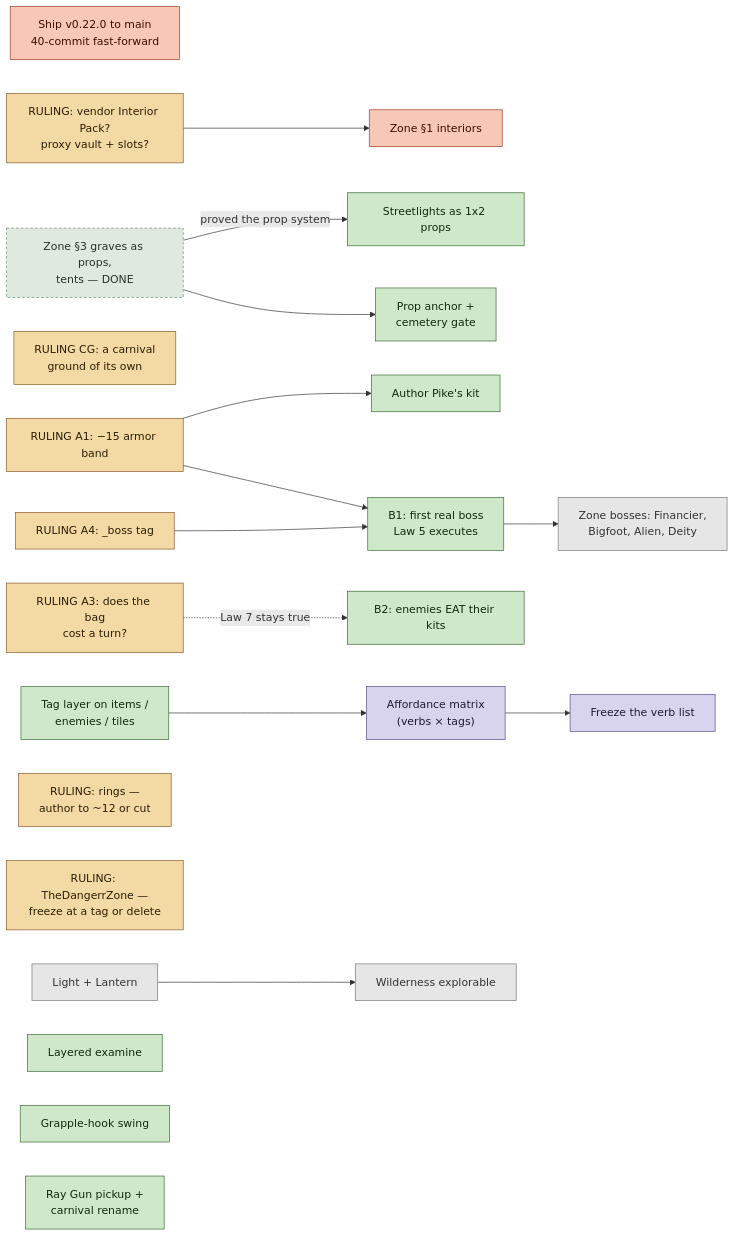
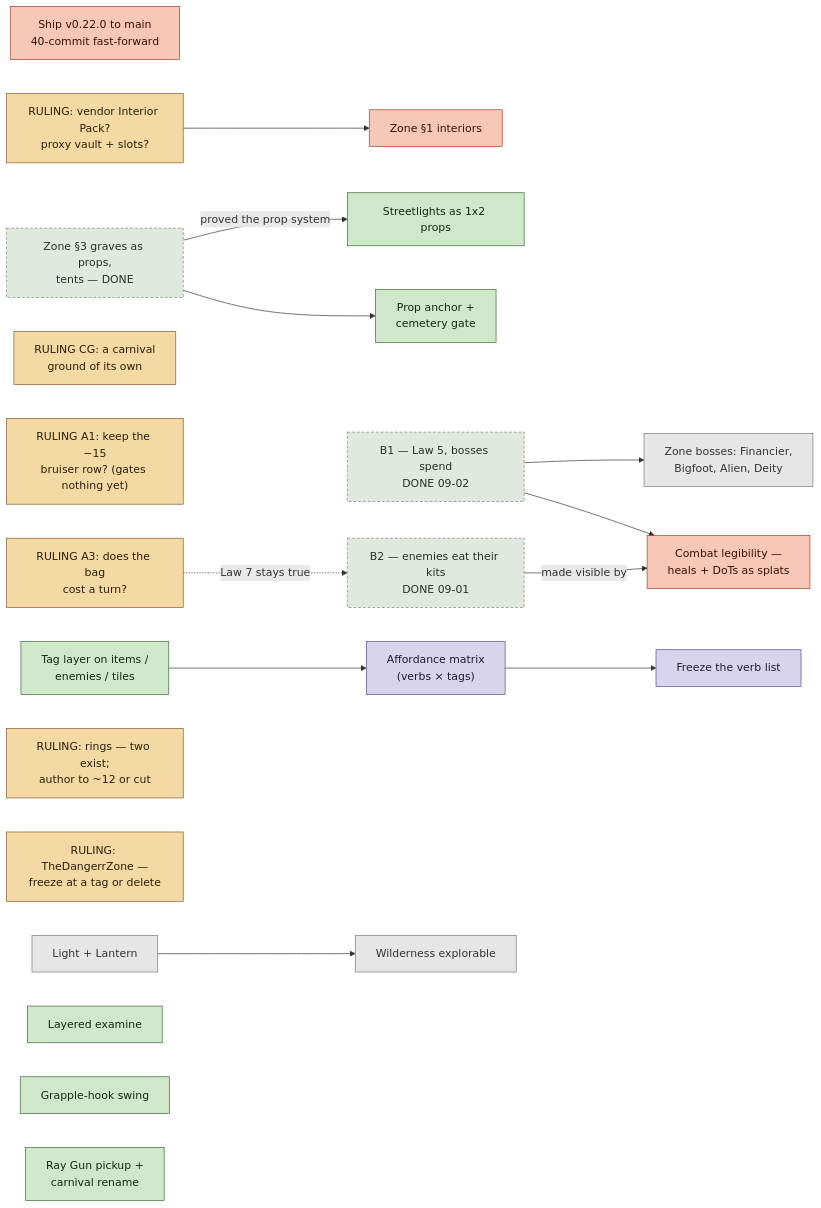
Before and after one commit to RussellDangerr/violencetown: the diagram in plans/roadmap-2026-09.md, drawn with Mermaid. The commit also changed other lines of this file and 2 other files, not shown here.

First line of the commit message:
plan: the roadmap was wrong about eight rows; audited against the code

````diff
--- a/plans/roadmap-2026-09.md
+++ b/plans/roadmap-2026-09.md
@@ -28,48 +35,46 @@
 ```mermaid
 flowchart LR
     classDef ruling fill:#f3d9a4,stroke:#8a5a2c,color:#2a1f06
     classDef ready fill:#cfe8c9,stroke:#3a6b35,color:#0f2a0d
     classDef design fill:#d9d4ee,stroke:#5a4a8a,color:#1f1a33
     classDef later fill:#e6e6e6,stroke:#777,color:#333
     classDef now fill:#f7c8b8,stroke:#a33a1e,color:#3a0f05
     classDef done fill:#dfe9e0,stroke:#6a8a6e,color:#243326,stroke-dasharray:4 3
 
     SHIP["Ship v0.22.0 to main<br/>40-commit fast-forward"]:::now
     GY["Zone §3 graves as props,<br/>tents — DONE"]:::done
     INT["Zone §1 interiors"]:::now
     R_INT["RULING: vendor Interior Pack?<br/>proxy vault + slots?"]:::ruling
     R_INT --> INT
     GY -->|"proved the prop system"| LAMP["Streetlights as 1x2 props"]:::ready
     GY --> GATE["Prop anchor +<br/>cemetery gate"]:::ready
     CG["RULING CG: a carnival<br/>ground of its own"]:::ruling
 
-    A1["RULING A1: −15 armor band"]:::ruling
-    A4["RULING A4: _boss tag"]:::ruling
-    PIKE["Author Pike's kit"]:::ready
-    BOSS["B1: first real boss<br/>Law 5 executes"]:::ready
+    BOSS["B1 — Law 5, bosses spend<br/>DONE 09-02"]:::done
+    B2["B2 — enemies eat their kits<br/>DONE 09-01"]:::done
+    LEG["Combat legibility —<br/>heals + DoTs as splats"]:::now
     ZBOSS["Zone bosses: Financier,<br/>Bigfoot, Alien, Deity"]:::later
-    A1 --> PIKE
-    A1 --> BOSS
-    A4 --> BOSS
     BOSS --> ZBOSS
+    B2 -->|"made visible by"| LEG
+    BOSS --> LEG
 
-    B2["B2: enemies EAT their kits"]:::ready
+    A1["RULING A1: keep the −15<br/>bruiser row? (gates nothing yet)"]:::ruling
     A3["RULING A3: does the bag<br/>cost a turn?"]:::ruling
     A3 -.->|"Law 7 stays true"| B2
 
     TAG["Tag layer on items /<br/>enemies / tiles"]:::ready
     MATRIX["Affordance matrix<br/>(verbs × tags)"]:::design
     FREEZE["Freeze the verb list"]:::design
     TAG --> MATRIX --> FREEZE
 
-    RINGS["RULING: rings —<br/>author to ~12 or cut"]:::ruling
+    RINGS["RULING: rings — two exist;<br/>author to ~12 or cut"]:::ruling
     DZ["RULING: TheDangerrZone —<br/>freeze at a tag or delete"]:::ruling
 
     LANT["Light + Lantern"]:::later
     WILD["Wilderness explorable"]:::later
     LANT --> WILD
 
     EX["Layered examine"]:::ready
     GRAP["Grapple-hook swing"]:::ready
     RAY["Ray Gun pickup +<br/>carnival rename"]:::ready
 ```
````
